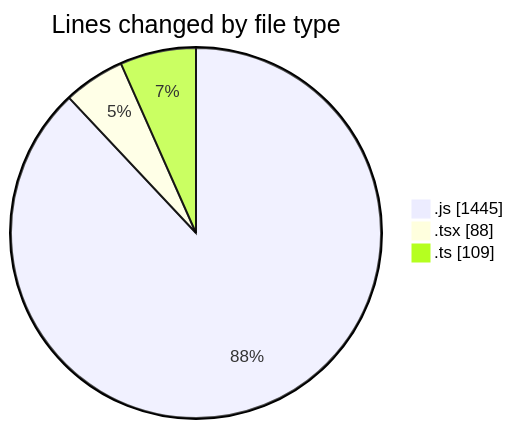
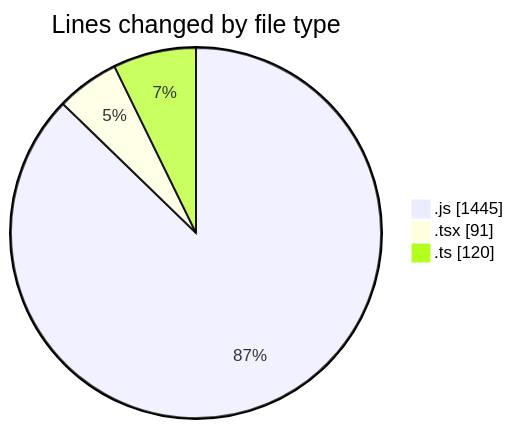
Before and after one commit to momahboobian/code-tracking: the first of 2 diagrams in 2025-03-13/cda/README.md, drawn with Mermaid. The commit also changed other lines of this file and 1 other file, not shown here.

````diff
--- a/2025-03-13/cda/README.md
+++ b/2025-03-13/cda/README.md
@@ -26,7 +27,7 @@
 ```mermaid
 pie showData
 title Lines changed by file type
 ".js" : 1445
-".tsx" : 88
-".ts" : 109
+".tsx" : 91
+".ts" : 120
 ```
````
